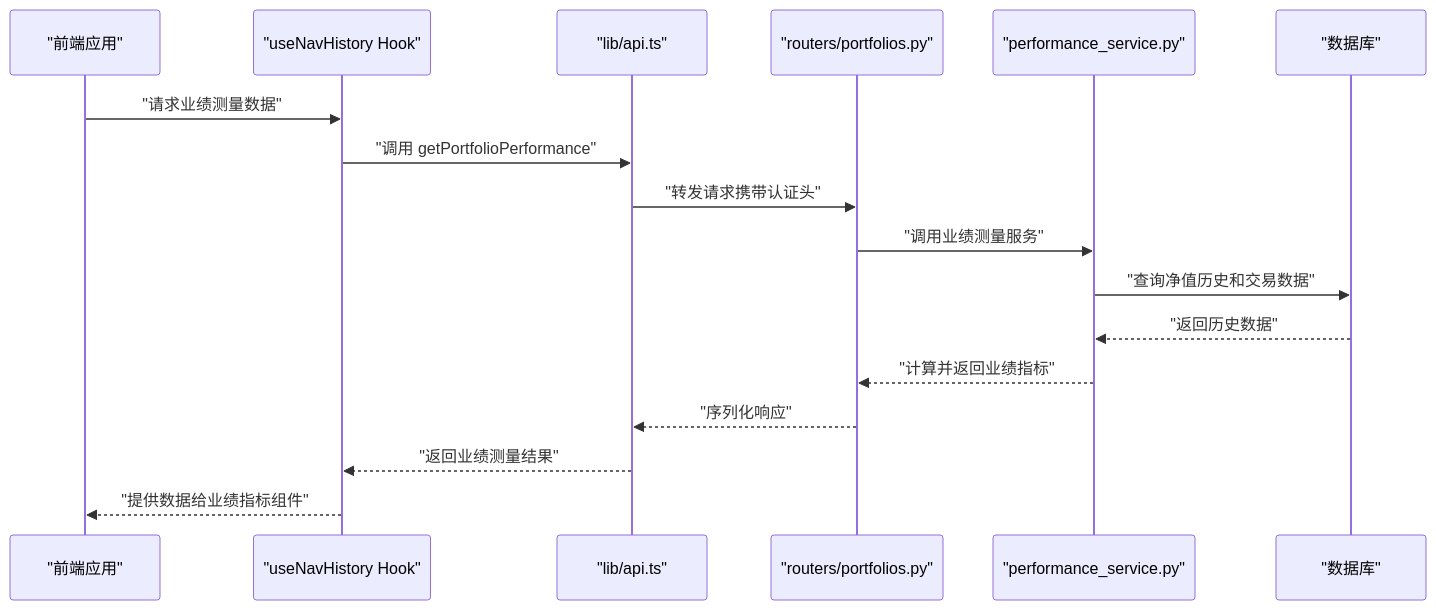
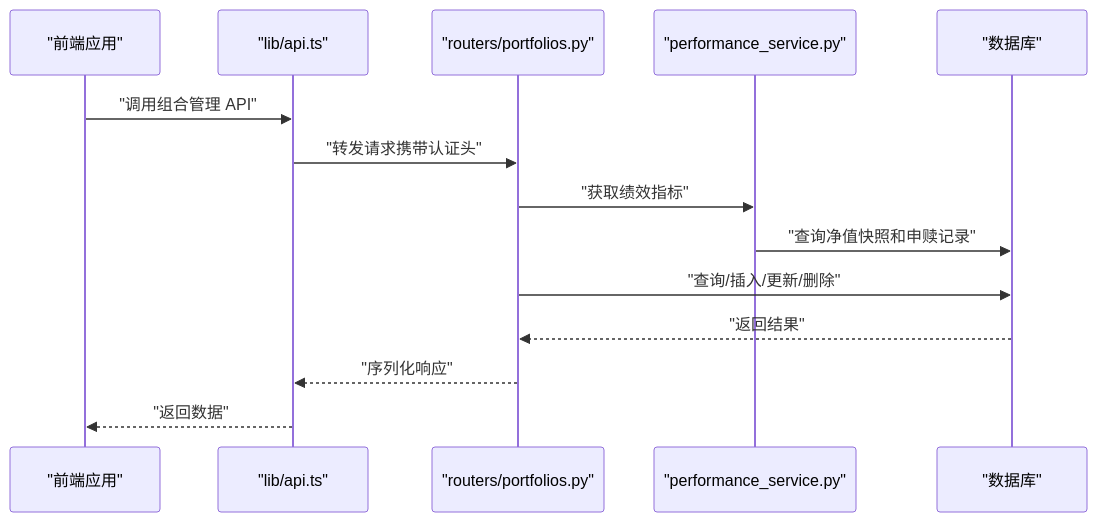
One commit to gujialind/InvestRing changed the second of 10 diagrams in .qoder/repowiki/zh/content/核心业务功能/投资组合管理.md. Above: the diagram before and after it, drawn with Mermaid. The commit also changed other lines of this file and 65 other files, not shown here.

````diff
--- a/.qoder/repowiki/zh/content/核心业务功能/投资组合管理.md
+++ b/.qoder/repowiki/zh/content/核心业务功能/投资组合管理.md
@@ -134,19 +117,16 @@
 ```mermaid
 sequenceDiagram
 participant FE as "前端应用"
-participant Hooks as "useNavHistory Hook"
 participant API as "lib/api.ts"
 participant Router as "routers/portfolios.py"
-participant PerfService as "performance_service.py"
+participant PerfSvc as "performance_service.py"
 participant DB as "数据库"
-FE->>Hooks : "请求业绩测量数据"
-Hooks->>API : "调用 getPortfolioPerformance"
+FE->>API : "调用组合管理 API"
 API->>Router : "转发请求携带认证头"
-Router->>PerfService : "调用业绩测量服务"
-PerfService->>DB : "查询净值历史和交易数据"
-DB-->>PerfService : "返回历史数据"
-PerfService-->>Router : "计算并返回业绩指标"
+Router->>PerfSvc : "获取绩效指标"
+PerfSvc->>DB : "查询净值快照和申赎记录"
+Router->>DB : "查询/插入/更新/删除"
+DB-->>Router : "返回结果"
 Router-->>API : "序列化响应"
-API-->>Hooks : "返回业绩测量结果"
-Hooks-->>FE : "提供数据给业绩指标组件"
+API-->>FE : "返回数据"
 ```
````
